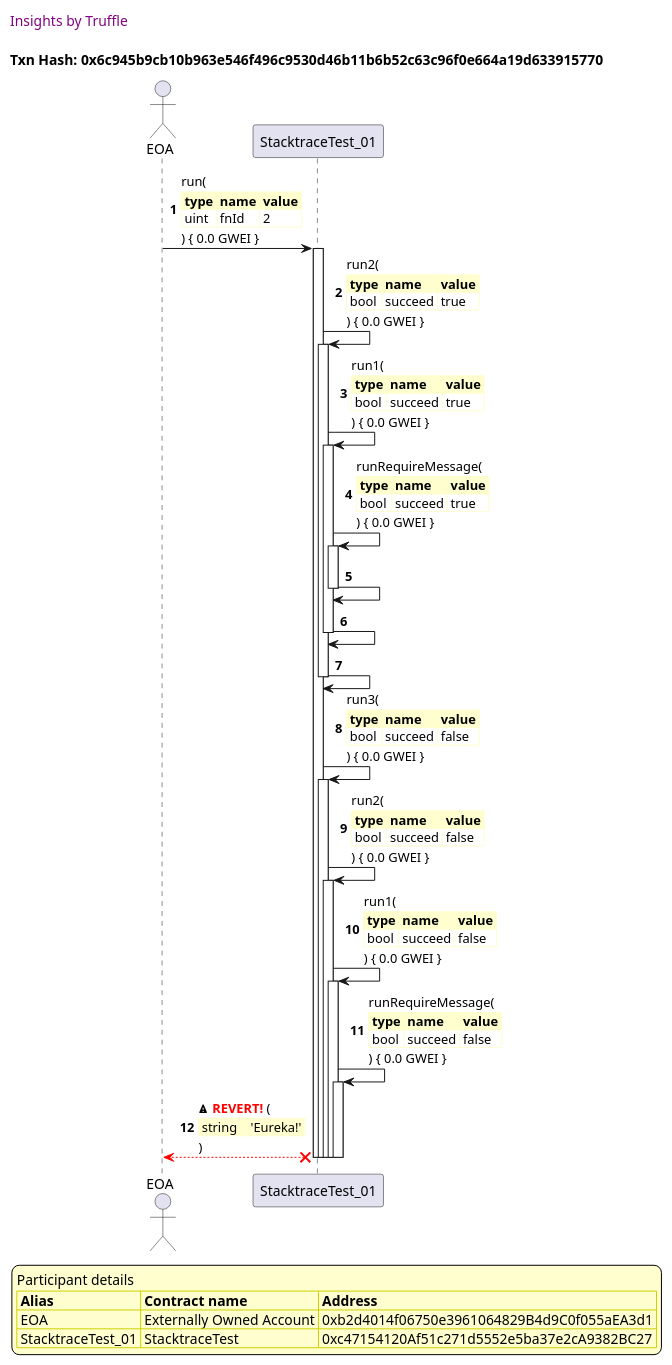
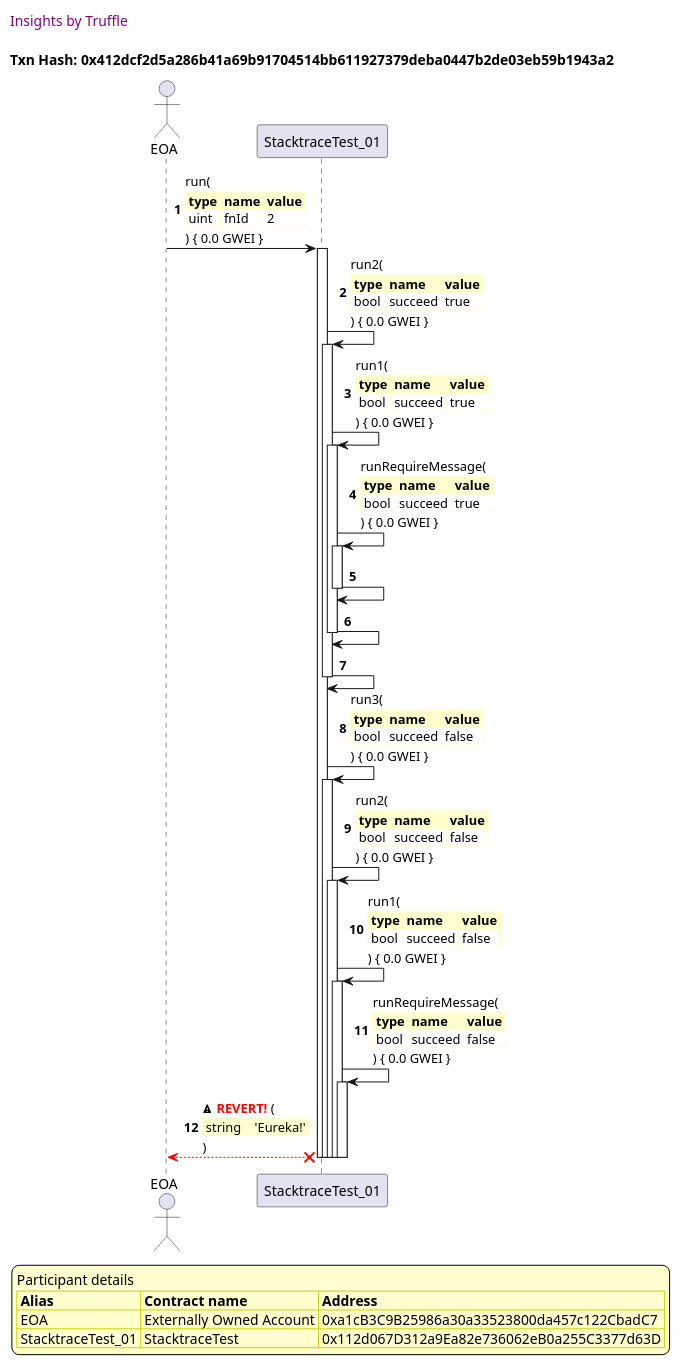
One commit to trufflesuite/txlog-seedlings changed the fourth of 10 diagrams in truffle-seq/stacktrace.test.md. Above: the diagram before and after it, drawn with PlantUML. The commit also changed other lines of this file and 8 other files, not shown here.

````diff
--- a/truffle-seq/stacktrace.test.md
+++ b/truffle-seq/stacktrace.test.md
@@ -164,78 +164,78 @@
 ```plantuml
 
 
 @startuml
 
 autonumber
 skinparam legendBackgroundColor #FEFECE
 
 <style>
       header {
         HorizontalAlignment left
         FontColor purple
         FontSize 14
         Padding 10
       }
     </style>
 
 header Insights by Truffle
 
-title Txn Hash: 0x6c945b9cb10b963e546f496c9530d46b11b6b52c63c96f0e664a19d633915770
+title Txn Hash: 0x412dcf2d5a286b41a69b91704514bb611927379deba0447b2de03eb59b1943a2
 
 
 actor EOA as "EOA"
 participant StacktraceTest_01 as "StacktraceTest_01"
 
 "EOA" -> "StacktraceTest_01" ++: run(\n\
 <#FEFECE,#FEFECE>|= type |= name |= value |\n\
 | uint | fnId | 2 |\n\
 ) { 0.0 GWEI }
 "StacktraceTest_01" -> "StacktraceTest_01" ++: run2(\n\
 <#FEFECE,#FEFECE>|= type |= name |= value |\n\
 | bool | succeed | true |\n\
 ) { 0.0 GWEI }
 "StacktraceTest_01" -> "StacktraceTest_01" ++: run1(\n\
 <#FEFECE,#FEFECE>|= type |= name |= value |\n\
 | bool | succeed | true |\n\
 ) { 0.0 GWEI }
 "StacktraceTest_01" -> "StacktraceTest_01" ++: runRequireMessage(\n\
 <#FEFECE,#FEFECE>|= type |= name |= value |\n\
 | bool | succeed | true |\n\
 ) { 0.0 GWEI }
 "StacktraceTest_01" -> "StacktraceTest_01" --: 
 "StacktraceTest_01" -> "StacktraceTest_01" --: 
 "StacktraceTest_01" -> "StacktraceTest_01" --: 
 "StacktraceTest_01" -> "StacktraceTest_01" ++: run3(\n\
 <#FEFECE,#FEFECE>|= type |= name |= value |\n\
 | bool | succeed | false |\n\
 ) { 0.0 GWEI }
 "StacktraceTest_01" -> "StacktraceTest_01" ++: run2(\n\
 <#FEFECE,#FEFECE>|= type |= name |= value |\n\
 | bool | succeed | false |\n\
 ) { 0.0 GWEI }
 "StacktraceTest_01" -> "StacktraceTest_01" ++: run1(\n\
 <#FEFECE,#FEFECE>|= type |= name |= value |\n\
 | bool | succeed | false |\n\
 ) { 0.0 GWEI }
 "StacktraceTest_01" -> "StacktraceTest_01" ++: runRequireMessage(\n\
 <#FEFECE,#FEFECE>|= type |= name |= value |\n\
 | bool | succeed | false |\n\
 ) { 0.0 GWEI }
 "StacktraceTest_01" x-[#red]-> "EOA" --: <&warning> <color #red>**REVERT!**</color> (\n\
 <#FEFECE,#FEFECE>| string |  | 'Eureka!' |\n\
 )
 deactivate "StacktraceTest_01"
 deactivate "StacktraceTest_01"
 deactivate "StacktraceTest_01"
 deactivate "StacktraceTest_01"
 deactivate "StacktraceTest_01"
 
 legend
 Participant details
 <#FEFECE,#D0D000>|= Alias |= Contract name |= Address |
-<#FEFECE>| EOA | Externally Owned Account | 0xb2d4014f06750e3961064829B4d9C0f055aEA3d1 |
-<#FEFECE>| StacktraceTest_01 | StacktraceTest | 0xc47154120Af51c271d5552e5ba37e2cA9382BC27 |
+<#FEFECE>| EOA | Externally Owned Account | 0xa1cB3C9B25986a30a33523800da457c122CbadC7 |
+<#FEFECE>| StacktraceTest_01 | StacktraceTest | 0x112d067D312a9Ea82e736062eB0a255C3377d63D |
 endlegend
 
 @enduml
 ```
````
